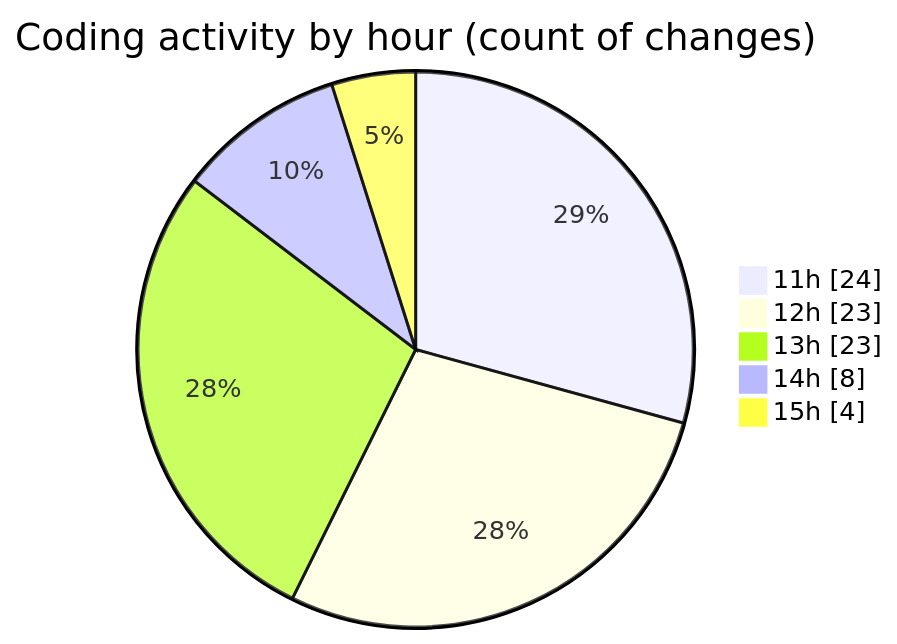
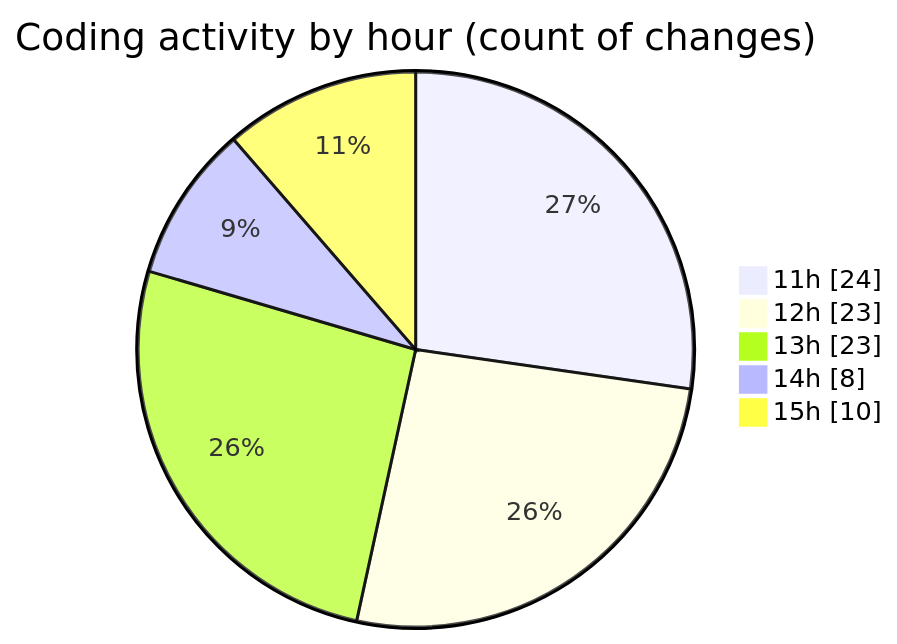
The second of 2 diagrams in 2025-09-18/nxtqube_webapp/README.md (nxtqubesakshisongat/code-tracking), drawn with Mermaid before and after one commit. The commit also changed other lines of this file and 1 other file, not shown here.

````diff
--- a/2025-09-18/nxtqube_webapp/README.md
+++ b/2025-09-18/nxtqube_webapp/README.md
@@ -48,9 +48,9 @@
 ```mermaid
 pie showData
 title Coding activity by hour (count of changes)
 "11h" : 24
 "12h" : 23
 "13h" : 23
 "14h" : 8
-"15h" : 4
+"15h" : 10
 ```
````
